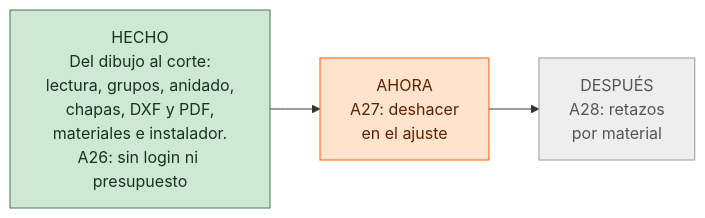
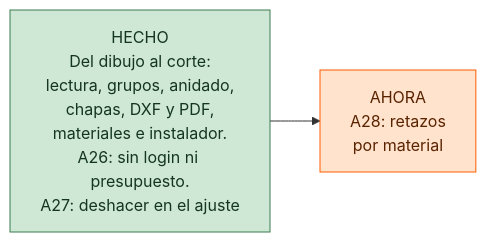
The third of 3 diagrams in README.md (enzopazzelli/carteleria), drawn with Mermaid before and after one commit. The commit also changed other lines of this file and 5 other files, not shown here.

````diff
--- a/README.md
+++ b/README.md
@@ -240,14 +239,12 @@
 ```mermaid
 flowchart LR
-    H["HECHO<br/>Del dibujo al corte:<br/>lectura, grupos, anidado,<br/>chapas, DXF y PDF,<br/>materiales e instalador.<br/>A26: sin login ni presupuesto"]
-    N["AHORA<br/>A27: deshacer<br/>en el ajuste"]
-    D["DESPUÉS<br/>A28: retazos<br/>por material"]
-    H --> N --> D
+    H["HECHO<br/>Del dibujo al corte:<br/>lectura, grupos, anidado,<br/>chapas, DXF y PDF,<br/>materiales e instalador.<br/>A26: sin login ni presupuesto.<br/>A27: deshacer en el ajuste"]
+    N["AHORA<br/>A28: retazos<br/>por material"]
+    H --> N
 
     classDef hecho fill:#cfe8d5,stroke:#3d7a52,color:#14351f
     classDef ahora fill:#ffe3cc,stroke:#ff5d00,color:#5a2300
     classDef luego fill:#eeeeee,stroke:#999,color:#555
     class H hecho
     class N ahora
-    class D luego
 ```
````
